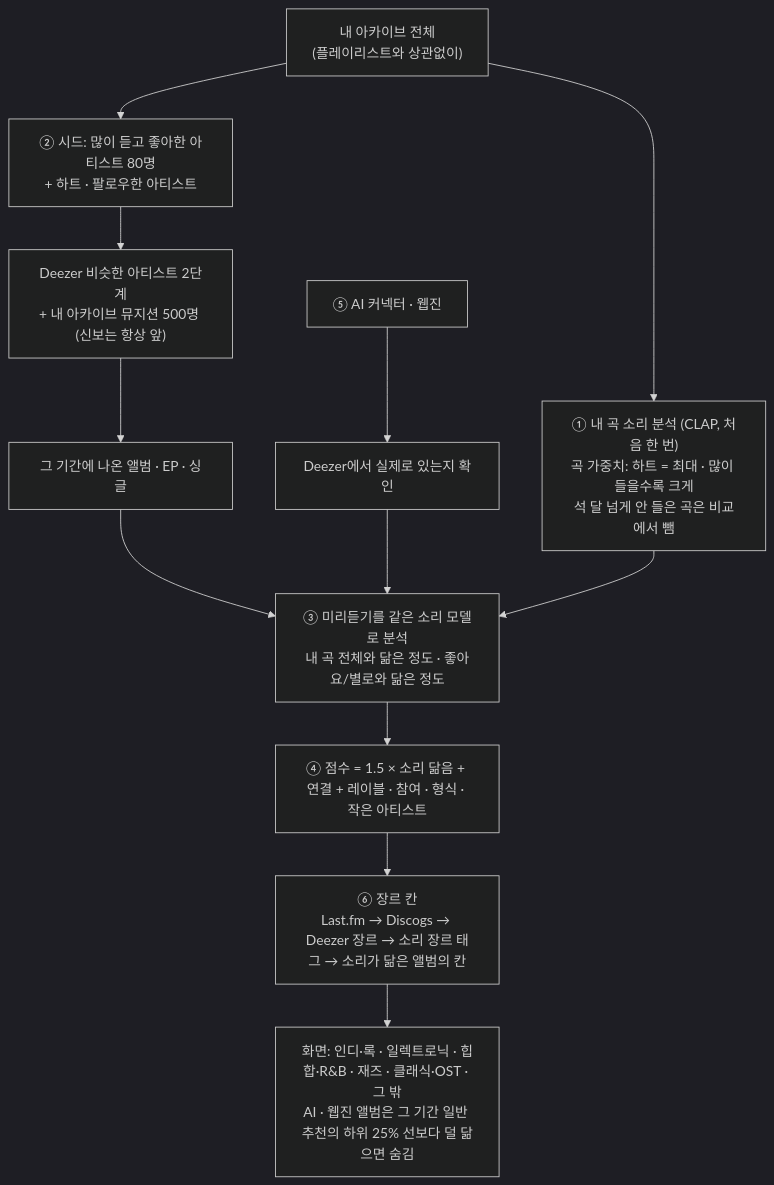
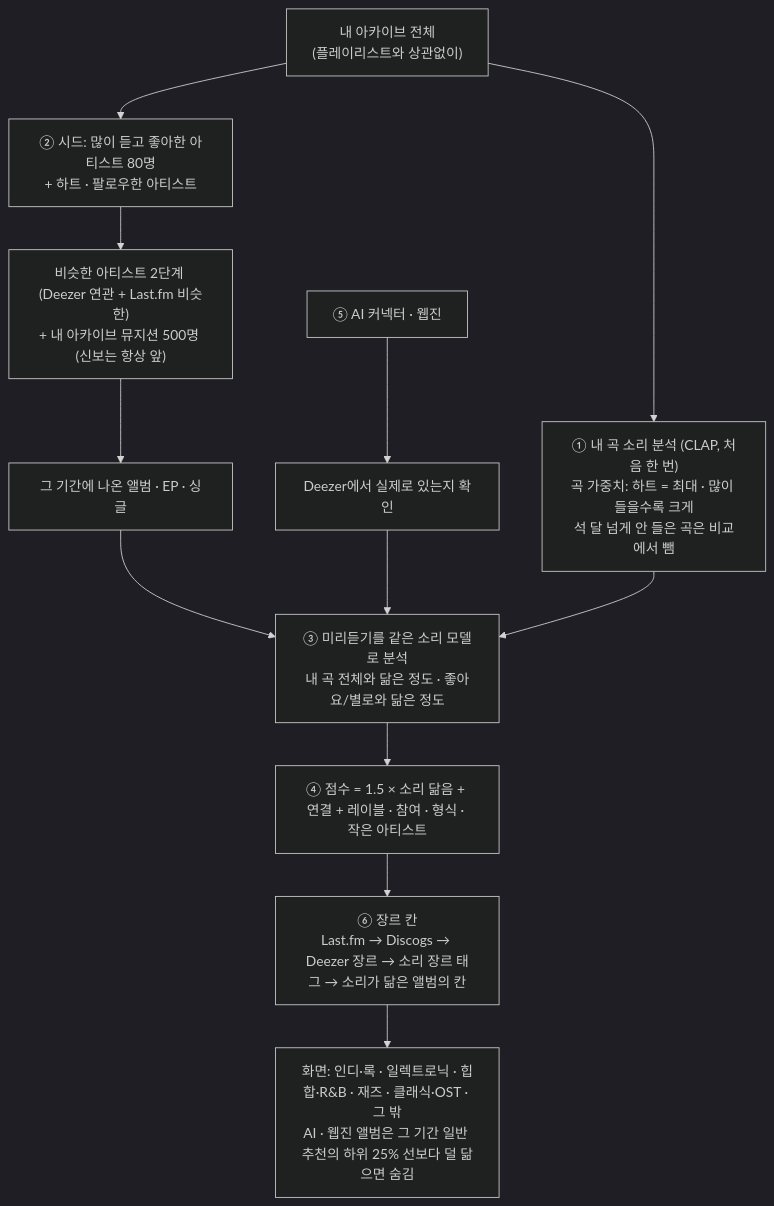
One commit to plastiqvox/RecipeSong changed the diagram in docs/recommendation.md. Above: the diagram before and after it, drawn with Mermaid (dark theme). The commit also changed other lines of this file and 7 other files, not shown here.

First line of the commit message:
feat: 비슷한 아티스트에 Last.fm 을 더한 후보 모으기

````diff
--- a/docs/recommendation.md
+++ b/docs/recommendation.md
@@ -11,15 +11,15 @@
 ```mermaid
 flowchart TD
     lib["내 아카이브 전체<br/>(플레이리스트와 상관없이)"]
     lib --> emb["① 내 곡 소리 분석 (CLAP, 처음 한 번)<br/>곡 가중치: 하트 = 최대 · 많이 들을수록 크게<br/>석 달 넘게 안 들은 곡은 비교에서 뺌"]
     lib --> seed["② 시드: 많이 듣고 좋아한 아티스트 80명<br/>+ 하트 · 팔로우한 아티스트"]
-    seed --> pool["Deezer 비슷한 아티스트 2단계<br/>+ 내 아카이브 뮤지션 500명 (신보는 항상 앞)"]
+    seed --> pool["비슷한 아티스트 2단계 (Deezer 연관 + Last.fm 비슷한)<br/>+ 내 아카이브 뮤지션 500명 (신보는 항상 앞)"]
     pool --> rel["그 기간에 나온 앨범 · EP · 싱글"]
     ext["⑤ AI 커넥터 · 웹진"] --> dz["Deezer에서 실제로 있는지 확인"]
     rel --> listen["③ 미리듣기를 같은 소리 모델로 분석<br/>내 곡 전체와 닮은 정도 · 좋아요/별로와 닮은 정도"]
     dz --> listen
     emb --> listen
     listen --> score["④ 점수 = 1.5 × 소리 닮음 + 연결 + 레이블 · 참여 · 형식 · 작은 아티스트"]
     score --> group["⑥ 장르 칸<br/>Last.fm → Discogs → Deezer 장르 → 소리 장르 태그 → 소리가 닮은 앨범의 칸"]
     group --> show["화면: 인디·록 · 일렉트로닉 · 힙합·R&B · 재즈 · 클래식·OST · 그 밖<br/>AI · 웹진 앨범은 그 기간 일반 추천의 하위 25% 선보다 덜 닮으면 숨김"]
 ```
````
